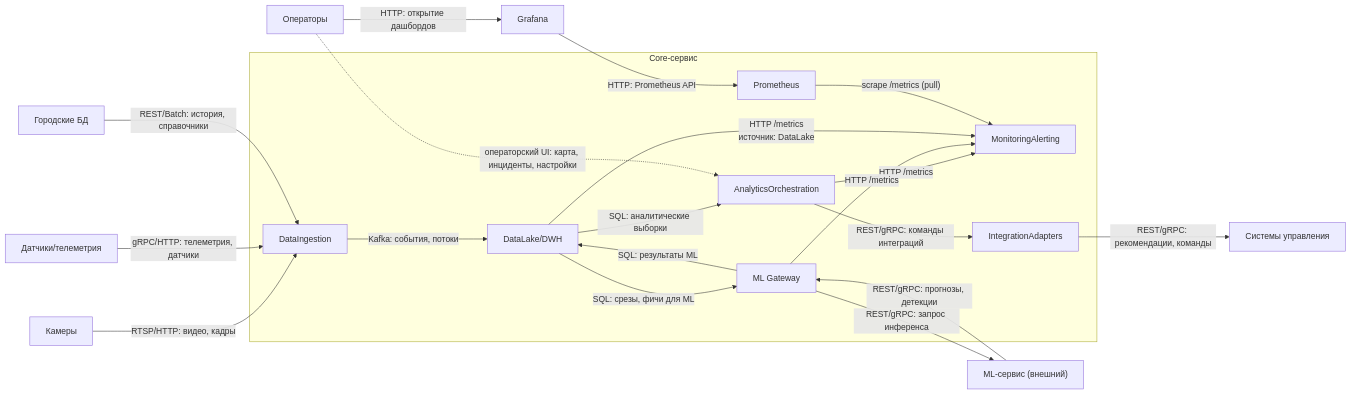
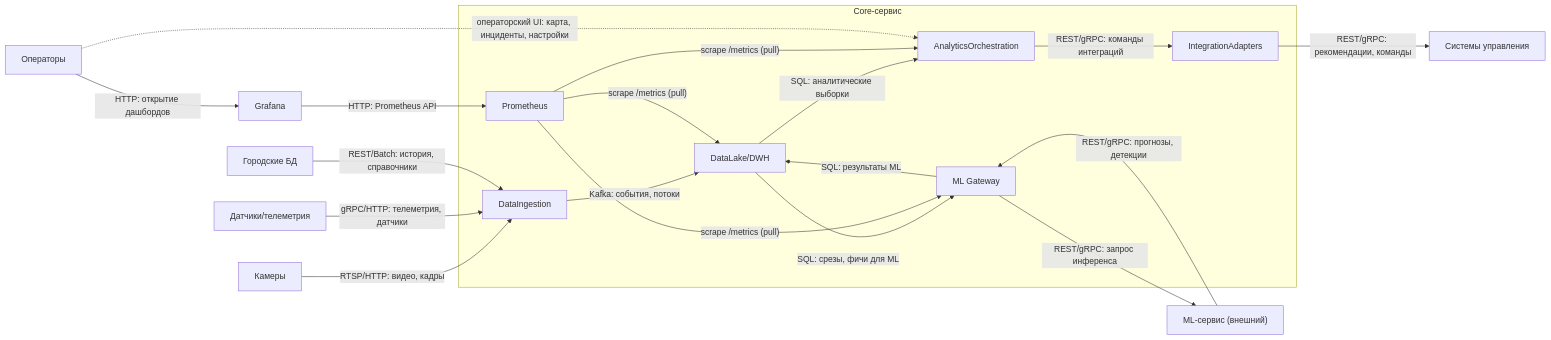
The second of 2 diagrams in high-level-design.md (Phund4/its-project), drawn with Mermaid before and after one commit. The commit also changed other lines of this file, not shown here.

````diff
--- a/high-level-design.md
+++ b/high-level-design.md
@@ -310,42 +310,40 @@
 ```mermaid
 flowchart LR
   extCameras["Камеры"]
   extSensors["Датчики/телеметрия"]
   extCityDB["Городские БД"]
 
   subgraph core ["Core-сервис"]
     dataIngest["DataIngestion"]
     dataLake["DataLake/DWH"]
     mlGateway["ML Gateway"]
     analytics["AnalyticsOrchestration"]
-    monitoring["MonitoringAlerting"]
     adapters["IntegrationAdapters"]
     prometheus["Prometheus"]
   end
 
   mlService["ML-сервис (внешний)"]
   trafficCtrl["Системы управления"]
   operators["Операторы"]
   grafana["Grafana"]
 
   extCameras -->|"RTSP/HTTP: видео, кадры"| dataIngest
   extSensors -->|"gRPC/HTTP: телеметрия, датчики"| dataIngest
   extCityDB -->|"REST/Batch: история, справочники"| dataIngest
 
   dataIngest -->|"Kafka: события, потоки"| dataLake
   dataLake -->|"SQL: срезы, фичи для ML"| mlGateway
   mlGateway -->|"REST/gRPC: запрос инференса"| mlService
   mlService -->|"REST/gRPC: прогнозы, детекции"| mlGateway
   mlGateway -->|"SQL: результаты ML"| dataLake
   dataLake -->|"SQL: аналитические выборки"| analytics
   analytics -->|"REST/gRPC: команды интеграций"| adapters
 
   adapters -->|"REST/gRPC: рекомендации, команды"| trafficCtrl
-  analytics -->|"HTTP /metrics"| monitoring
-  mlGateway -->|"HTTP /metrics"| monitoring
-  dataLake -->|"HTTP /metrics<br/>источник: DataLake"| monitoring
-  prometheus -->|"scrape /metrics (pull)"| monitoring
+  prometheus -->|"scrape /metrics (pull)"| analytics
+  prometheus -->|"scrape /metrics (pull)"| mlGateway
+  prometheus -->|"scrape /metrics (pull)"| dataLake
   grafana -->|"HTTP: Prometheus API"| prometheus
   operators -->|"HTTP: открытие дашбордов"| grafana
   operators -.->|"операторский UI: карта, инциденты, настройки"| analytics
 ```
````
